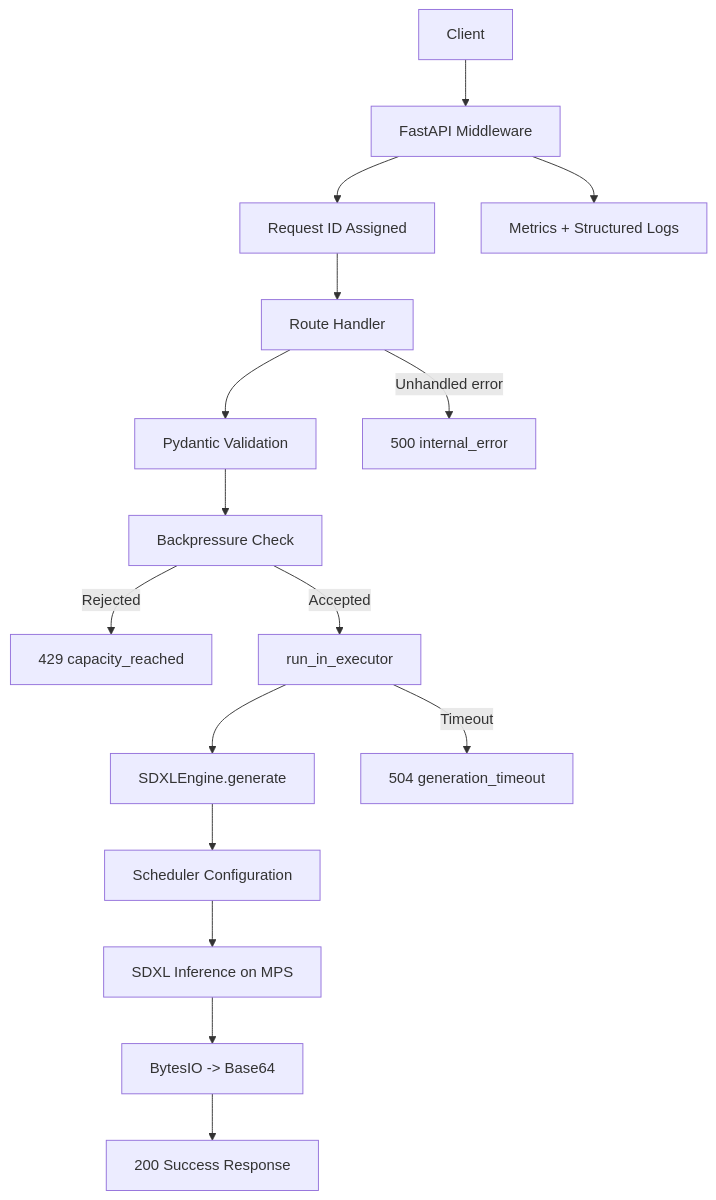
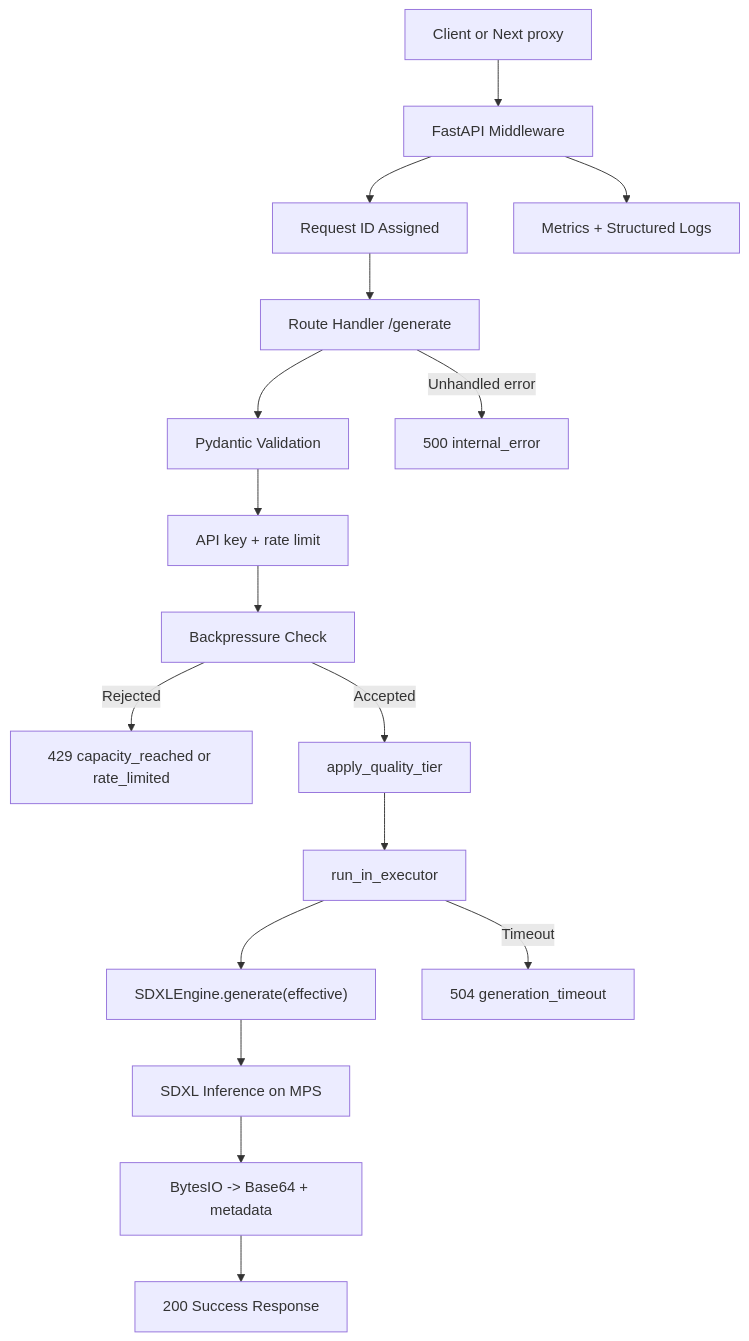
Before and after one commit to kirank93611/vid-gen-sdxl-pipe: the first of 4 diagrams in ARCHITECTURE.md, drawn with Mermaid. The commit also changed other lines of this file and 4 other files, not shown here.

Commit message:
README.md ARCHITECTURE.md apps/web/README.md packages/README.md .cursor/rules/monorepo-layout.mdc

````diff
--- a/ARCHITECTURE.md
+++ b/ARCHITECTURE.md
@@ -68,18 +71,19 @@
 ```mermaid
 flowchart TD
-    A["Client"] --> B["FastAPI Middleware"]
+    A["Client or Next proxy"] --> B["FastAPI Middleware"]
     B --> C["Request ID Assigned"]
-    C --> D["Route Handler"]
+    C --> D["Route Handler /generate"]
     D --> E["Pydantic Validation"]
-    E --> F["Backpressure Check"]
-    F -->|Rejected| G["429 capacity_reached"]
-    F -->|Accepted| H["run_in_executor"]
-    H --> I["SDXLEngine.generate"]
-    I --> J["Scheduler Configuration"]
-    J --> K["SDXL Inference on MPS"]
-    K --> L["BytesIO -> Base64"]
+    E --> Auth["API key + rate limit"]
+    Auth --> F["Backpressure Check"]
+    F -->|Rejected| G["429 capacity_reached or rate_limited"]
+    F -->|Accepted| T["apply_quality_tier"]
+    T --> H["run_in_executor"]
+    H --> I["SDXLEngine.generate(effective)"]
+    I --> K["SDXL Inference on MPS"]
+    K --> L["BytesIO -> Base64 + metadata"]
     L --> M["200 Success Response"]
     H -->|Timeout| N["504 generation_timeout"]
     D -->|Unhandled error| O["500 internal_error"]
     B --> P["Metrics + Structured Logs"]
 ```
````
